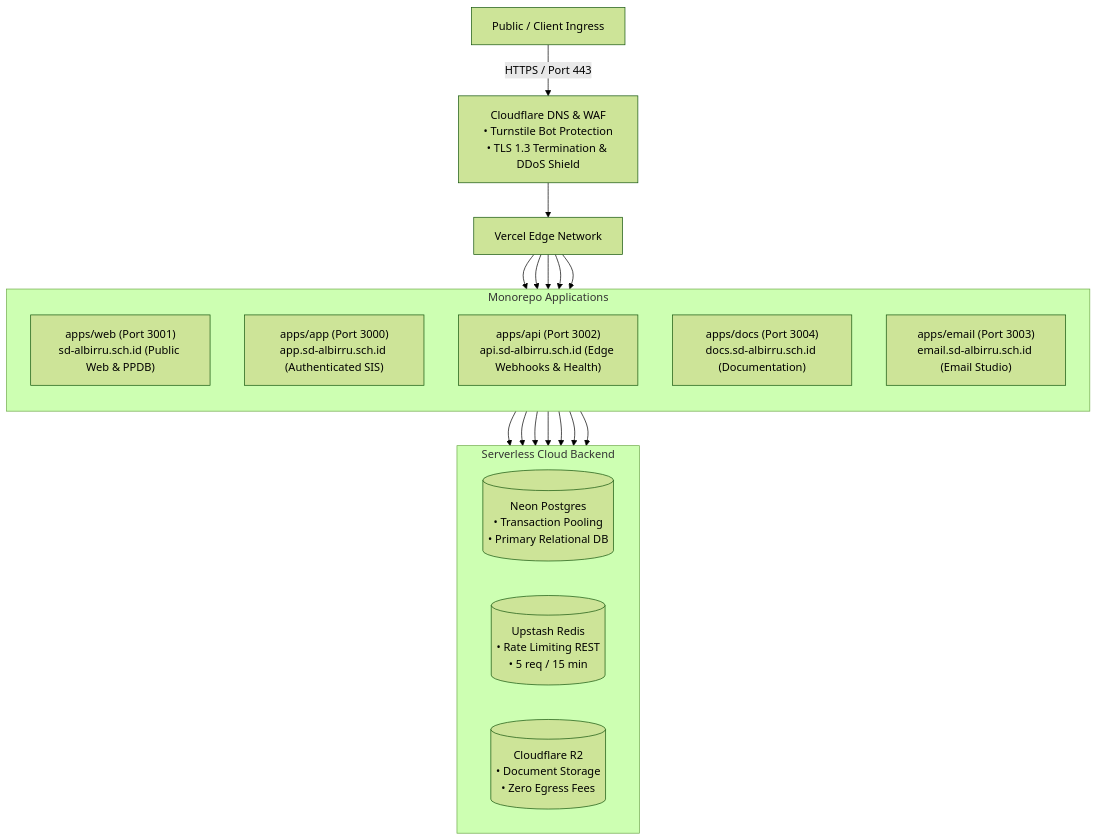
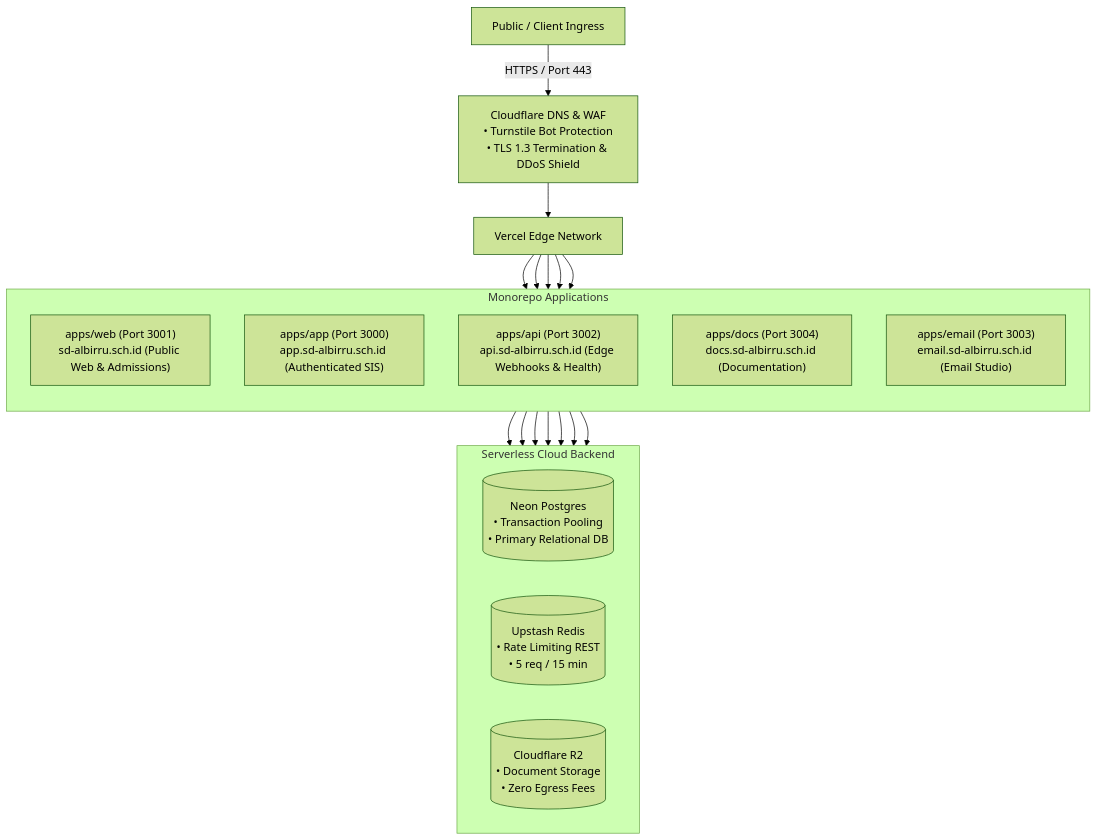
Before and after one commit to Mafrilearth/albirru-school-management-monorepo: the first of 2 diagrams in DEPLOYMENT.md, drawn with Mermaid (forest theme). The commit also changed 31 other files, not shown here.

````diff
--- a/DEPLOYMENT.md
+++ b/DEPLOYMENT.md
@@ -11,35 +11,35 @@
 ```mermaid
 flowchart TD
     Client["Public / Client Ingress"] -->|"HTTPS / Port 443"| CF["Cloudflare DNS & WAF<br/>• Turnstile Bot Protection<br/>• TLS 1.3 Termination & DDoS Shield"]
     CF --> Vercel["Vercel Edge Network"]
 
     subgraph Apps ["Monorepo Applications"]
         direction TB
-        Web["apps/web (Port 3001)<br/>sd-albirru.sch.id (Public Web & PPDB)"]
+        Web["apps/web (Port 3001)<br/>sd-albirru.sch.id (Public Web & Admissions)"]
         App["apps/app (Port 3000)<br/>app.sd-albirru.sch.id (Authenticated SIS)"]
         Api["apps/api (Port 3002)<br/>api.sd-albirru.sch.id (Edge Webhooks & Health)"]
         Docs["apps/docs (Port 3004)<br/>docs.sd-albirru.sch.id (Documentation)"]
         Email["apps/email (Port 3003)<br/>email.sd-albirru.sch.id (Email Studio)"]
     end
 
     Vercel --> Web
     Vercel --> App
     Vercel --> Api
     Vercel --> Docs
     Vercel --> Email
 
     subgraph Services ["Serverless Cloud Backend"]
         direction LR
         Neon[("Neon Postgres<br/>• Transaction Pooling<br/>• Primary Relational DB")]
         Upstash[("Upstash Redis<br/>• Rate Limiting REST<br/>• 5 req / 15 min")]
         R2[("Cloudflare R2<br/>• Document Storage<br/>• Zero Egress Fees")]
     end
 
     Web --> Neon
     Web --> Upstash
     Web --> R2
     App --> Neon
     App --> Upstash
     App --> R2
     Api --> Neon
 ```
````
